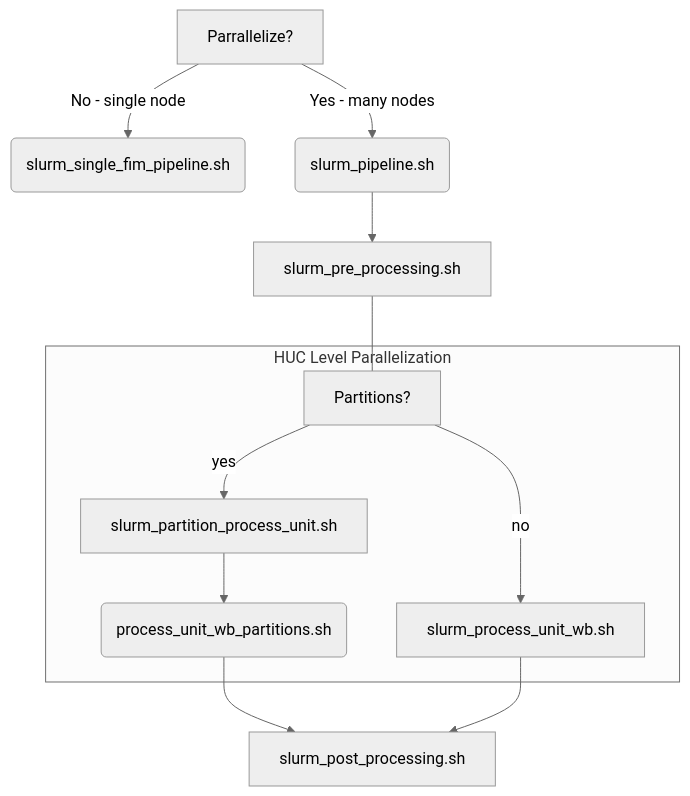
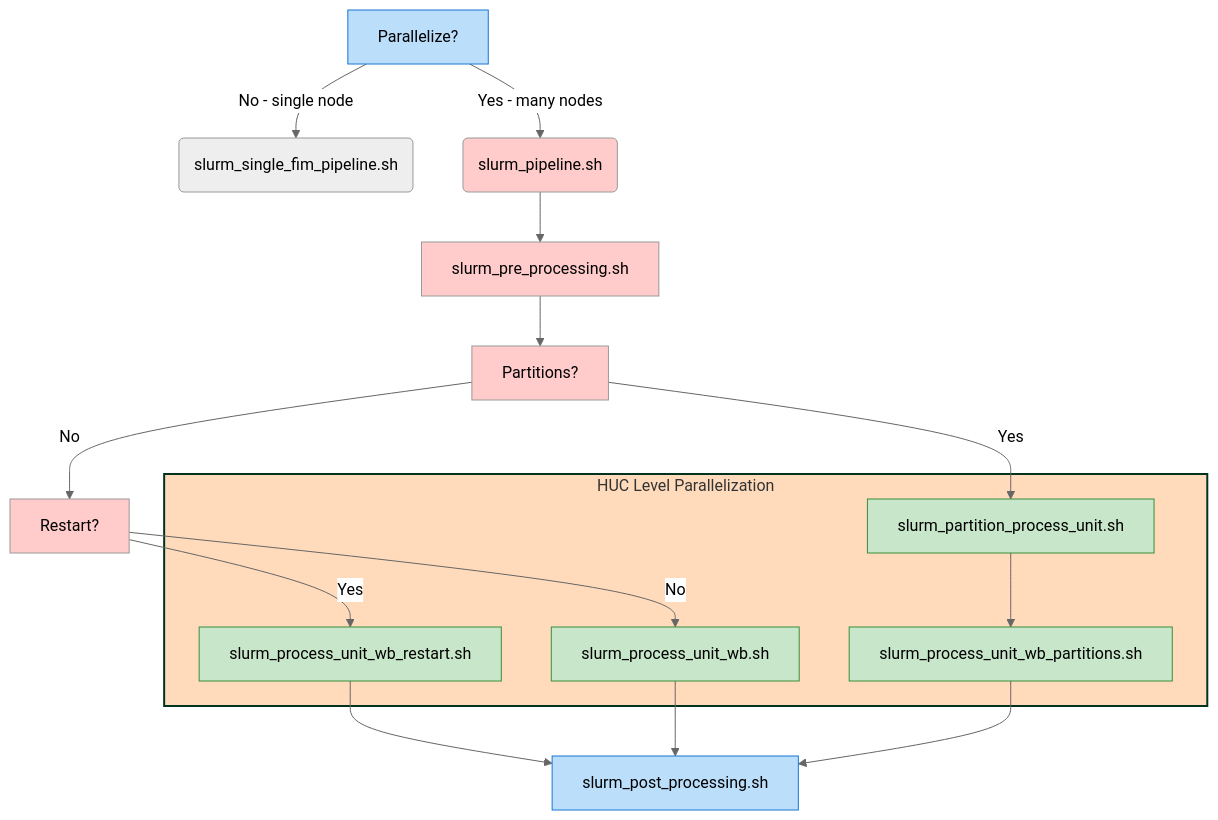
Before and after one commit to NGWPC/inundation-mapping-owp: the diagram in slurm/README.md, drawn with Mermaid (neutral theme).

````diff
--- a/slurm/README.md
+++ b/slurm/README.md
@@ -8,14 +8,28 @@
 ```mermaid
 flowchart TD
-    A[Parrallelize?] --> |No - single node| G(slurm_single_fim_pipeline.sh)
-    A --> |Yes - many nodes| B(slurm_pipeline.sh)
-    B --> C[slurm_pre_processing.sh]
-    C --- X[Partitions?]
-    subgraph HUC Level Parallelization
-        X --> |no| D[slurm_process_unit_wb.sh]
-        X --> | yes | I[slurm_partition_process_unit.sh]
-        I --> J(process_unit_wb_partitions.sh)
+    A[Parallelize?]:::blueStyle --> |No - single node| G(slurm_single_fim_pipeline.sh)
+    A --> |Yes - many nodes| B(slurm_pipeline.sh):::redStyle 
+    B --> C[slurm_pre_processing.sh]:::redStyle 
+    C --> X[Partitions?]:::redStyle 
+    X --> |No| M[Restart?]:::redStyle 
+    X --> |Yes| I[slurm_partition_process_unit.sh]
+    M --> |Yes| F[slurm_process_unit_wb_restart.sh]
+    M --> |No| L[slurm_process_unit_wb.sh]
+    
+    subgraph HUC["HUC Level Parallelization"]
+        I[slurm_partition_process_unit.sh]:::greenStyle
+        I --> J[slurm_process_unit_wb_partitions.sh]:::greenStyle
+        F[slurm_process_unit_wb_restart.sh]:::greenStyle
+        L[slurm_process_unit_wb.sh]:::greenStyle
     end
-    J --> E[slurm_post_processing.sh]
-    D --> E[slurm_post_processing.sh]
+    
+    F --> E[slurm_post_processing.sh]:::blueStyle
+    L --> E
+    J --> E
+
+    classDef subgraphStyle fill:#FFDBBB,stroke:#013220,stroke-width:2px
+    class HUC subgraphStyle
+    classDef blueStyle fill:#bbdefb,stroke:#1976d2
+    classDef greenStyle fill:#c8e6c9,stroke:#388e3c
+    classDef redStyle fill:#FFCCCB
 ```
````
